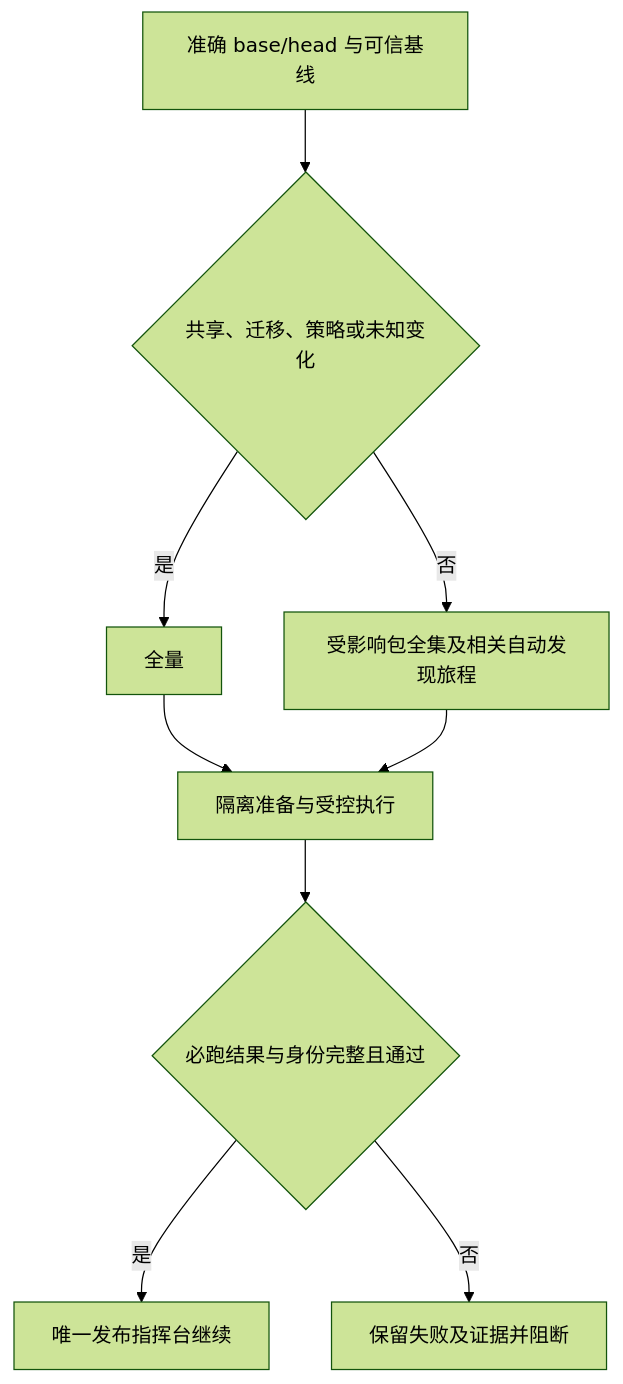
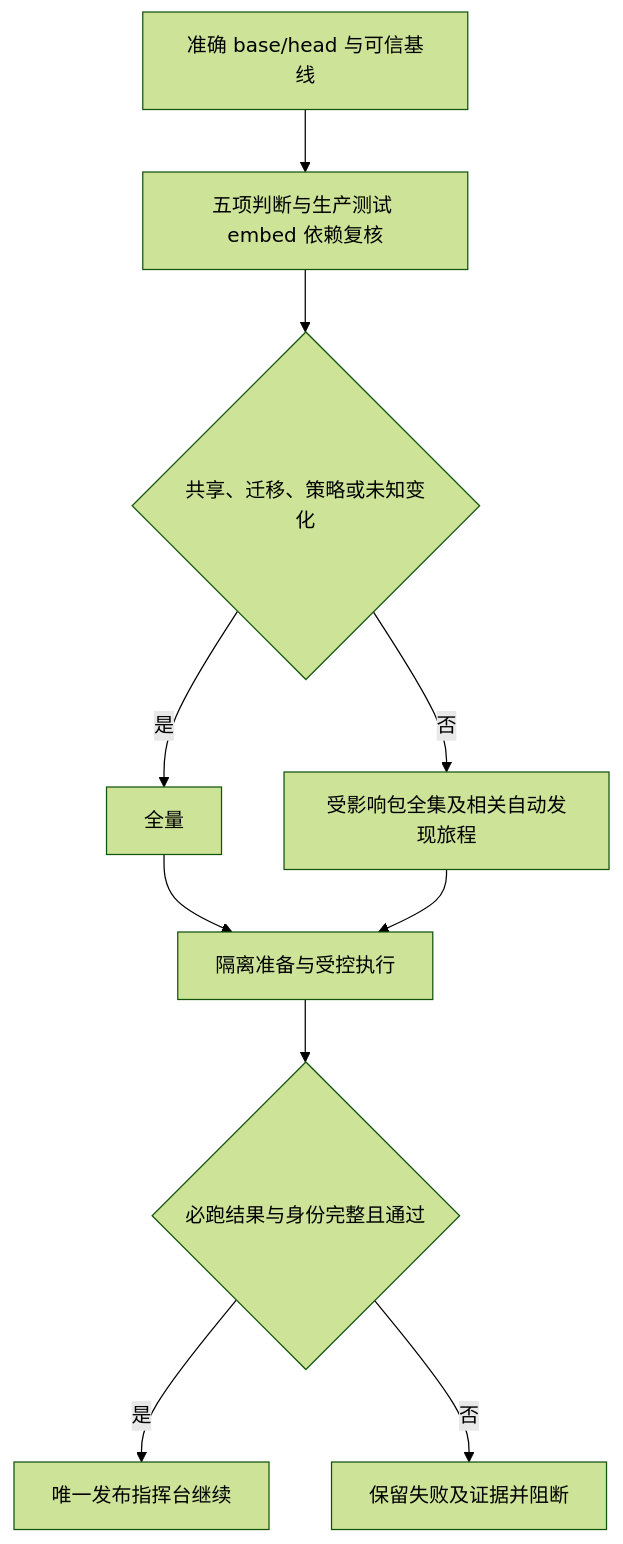
Before and after one commit to qianlan33333-png/AI-CRM-v4: the first of 2 diagrams in docs/prd/2026-09-26-staging-check-acceleration.md, drawn with Mermaid (forest theme). The commit also changed other lines of this file and 12 other files, not shown here.

````diff
--- a/docs/prd/2026-09-26-staging-check-acceleration.md
+++ b/docs/prd/2026-09-26-staging-check-acceleration.md
@@ -5,11 +5,12 @@
 ```mermaid
 flowchart TD
- A[准确 base/head 与可信基线] --> B{共享、迁移、策略或未知变化}
+ A[准确 base/head 与可信基线] --> J[五项判断与生产测试 embed 依赖复核]
+ J --> B{共享、迁移、策略或未知变化}
  B -->|是| C[全量]
  B -->|否| D[受影响包全集及相关自动发现旅程]
  C --> E[隔离准备与受控执行]
  D --> E
  E --> F{必跑结果与身份完整且通过}
  F -->|是| G[唯一发布指挥台继续]
  F -->|否| H[保留失败及证据并阻断]
 ```
````
